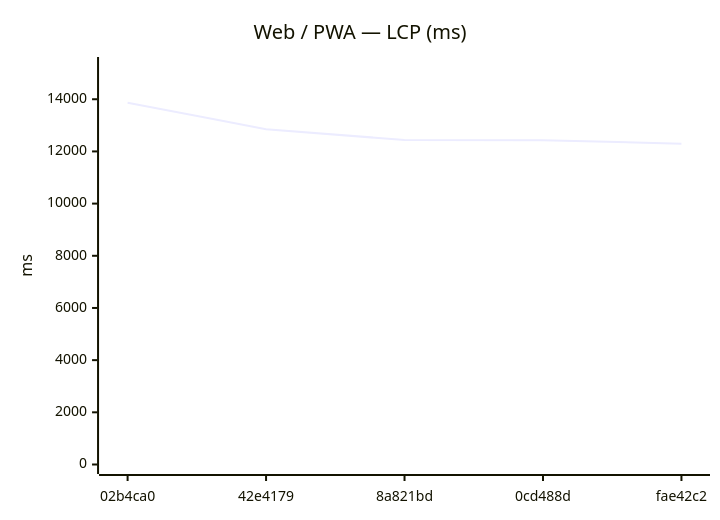
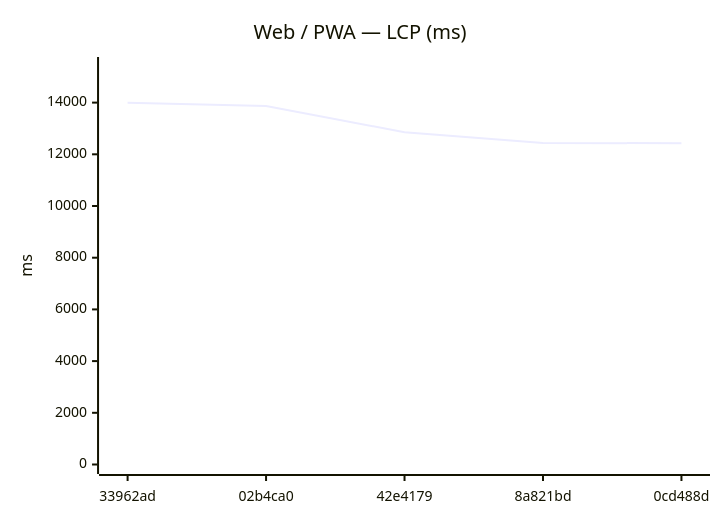
One commit to Metaheurist/Rianell changed the seventh of 18 diagrams in benchmarks/compare.md. Above: the diagram before and after it, drawn with Mermaid. The commit also changed other lines of this file and 11 other files, not shown here.

````diff
--- a/benchmarks/compare.md
+++ b/benchmarks/compare.md
@@ -117,7 +117,7 @@
 ```mermaid
 xychart-beta
     title "Web / PWA — LCP (ms)"
-    x-axis ["02b4ca0", "42e4179", "8a821bd", "0cd488d", "fae42c2"]
-    y-axis "ms" 0 --> 15255
-    line [13868, 12854, 12437, 12430, 12295]
+    x-axis ["33962ad", "02b4ca0", "42e4179", "8a821bd", "0cd488d"]
+    y-axis "ms" 0 --> 15397
+    line [13997, 13868, 12854, 12437, 12430]
 ```
````
